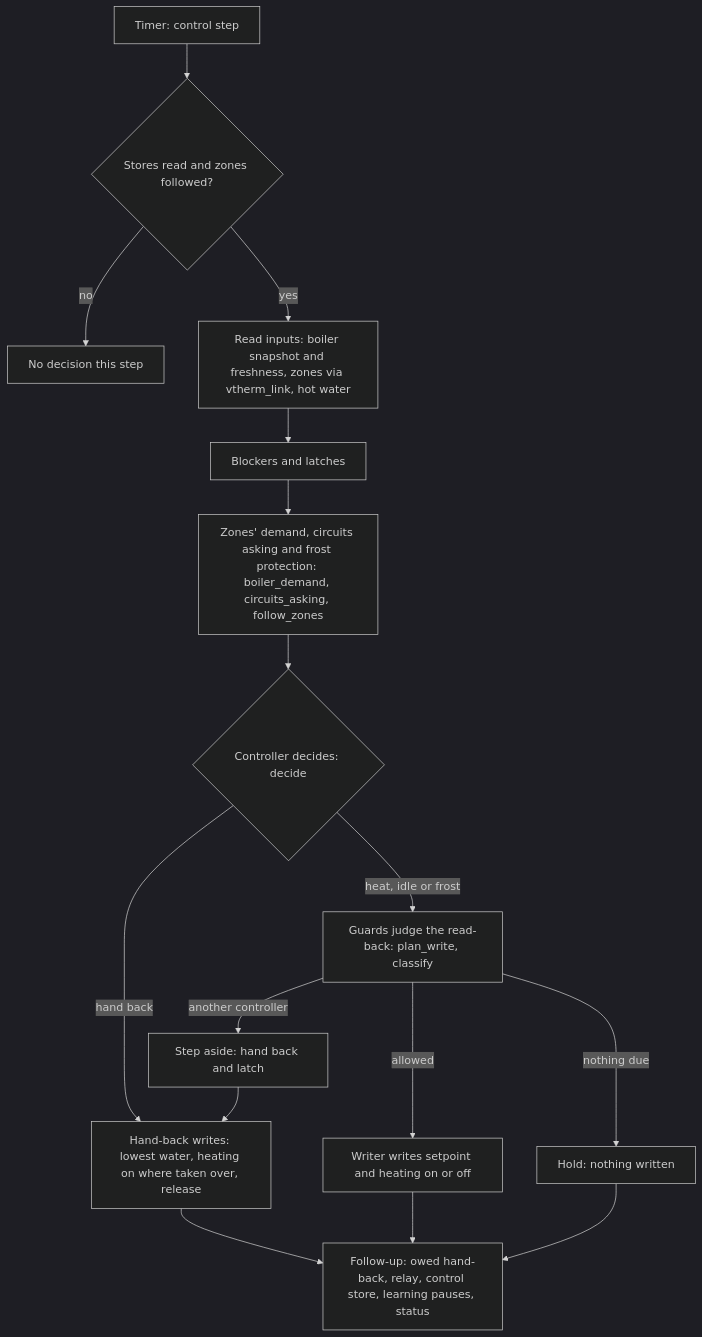
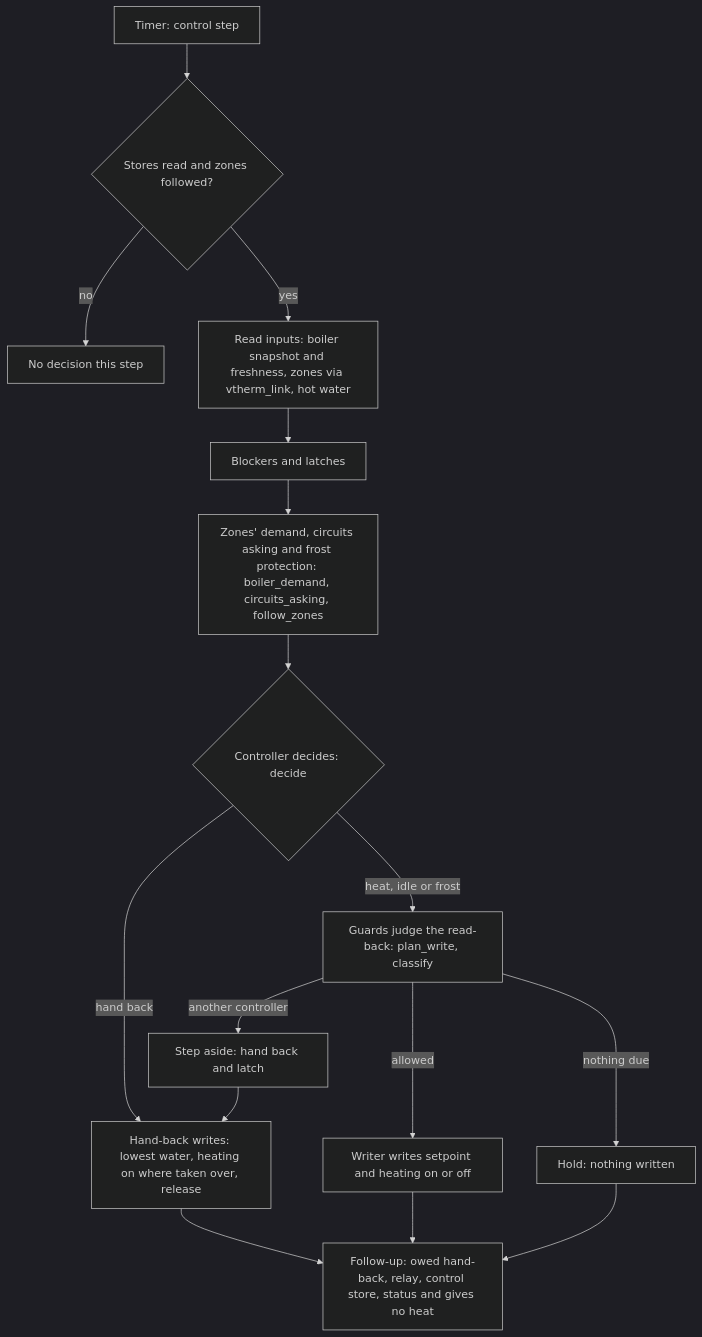
One commit to Shadow-230/vtherm-smart-boiler changed the diagram in docs/en/technical/technical.md. Above: the diagram before and after it, drawn with Mermaid (dark theme). The commit also changed other lines of this file and 68 other files, not shown here.

First line of the commit message:
I12.9: no learning pauses, no water interface

````diff
--- a/docs/en/technical/technical.md
+++ b/docs/en/technical/technical.md
@@ -225,18 +230,18 @@
 ```mermaid
 flowchart TD
     A[Timer: control step] --> B{Stores read and zones followed?}
     B -- no --> Z[No decision this step]
     B -- yes --> C[Read inputs: boiler snapshot and freshness, zones via vtherm_link, hot water]
     C --> D[Blockers and latches]
     D --> E[Zones' demand, circuits asking and frost protection: boiler_demand, circuits_asking, follow_zones]
     E --> F{Controller decides: decide}
     F -- hand back --> H[Hand-back writes: lowest water, heating on where taken over, release]
     F -- heat, idle or frost --> G[Guards judge the read-back: plan_write, classify]
     G -- another controller --> S[Step aside: hand back and latch]
     S --> H
     G -- allowed --> W[Writer writes setpoint and heating on or off]
     G -- nothing due --> K[Hold: nothing written]
-    W --> F2[Follow-up: owed hand-back, relay, control store, learning pauses, status]
+    W --> F2[Follow-up: owed hand-back, relay, control store, status and gives no heat]
     K --> F2
     H --> F2
 ```
````
